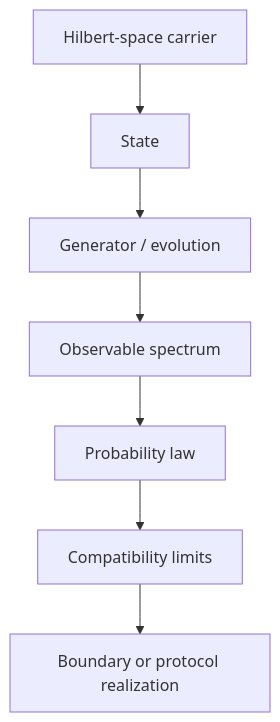
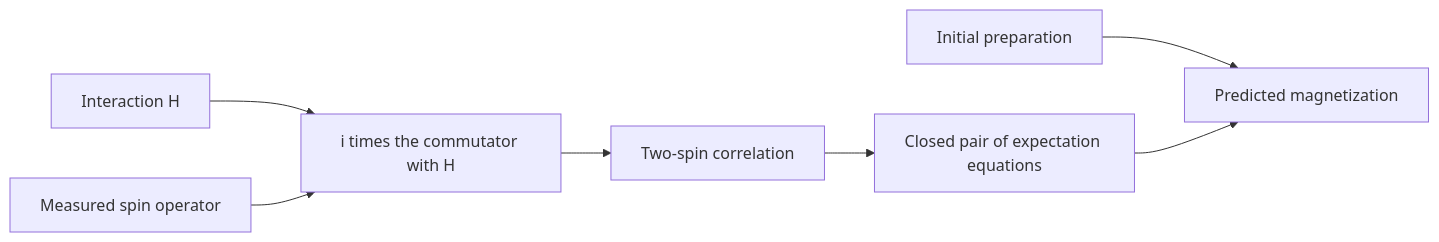
One commit to synthetix-institute/morphwiki changed the diagram in docs/tutorial/01_three_views.md. Above: the diagram before and after it, drawn with Mermaid. The commit also changed other lines of this file and 18 other files, not shown here.

````diff
--- a/docs/tutorial/01_three_views.md
+++ b/docs/tutorial/01_three_views.md
@@ -38,9 +29,9 @@
 ```mermaid
-flowchart TD
-    H["Hilbert-space carrier"] --> S["State"]
-    S --> G["Generator / evolution"]
-    G --> O["Observable spectrum"]
-    O --> R["Probability law"]
-    R --> C["Compatibility limits"]
-    C --> A["Boundary or protocol realization"]
+flowchart LR
+    H["Interaction H"] --> D["i times the commutator with H"]
+    O["Measured spin operator"] --> D
+    D --> C["Two-spin correlation"]
+    C --> S["Closed pair of expectation equations"]
+    P["Initial preparation"] --> Y["Predicted magnetization"]
+    S --> Y
 ```
````
